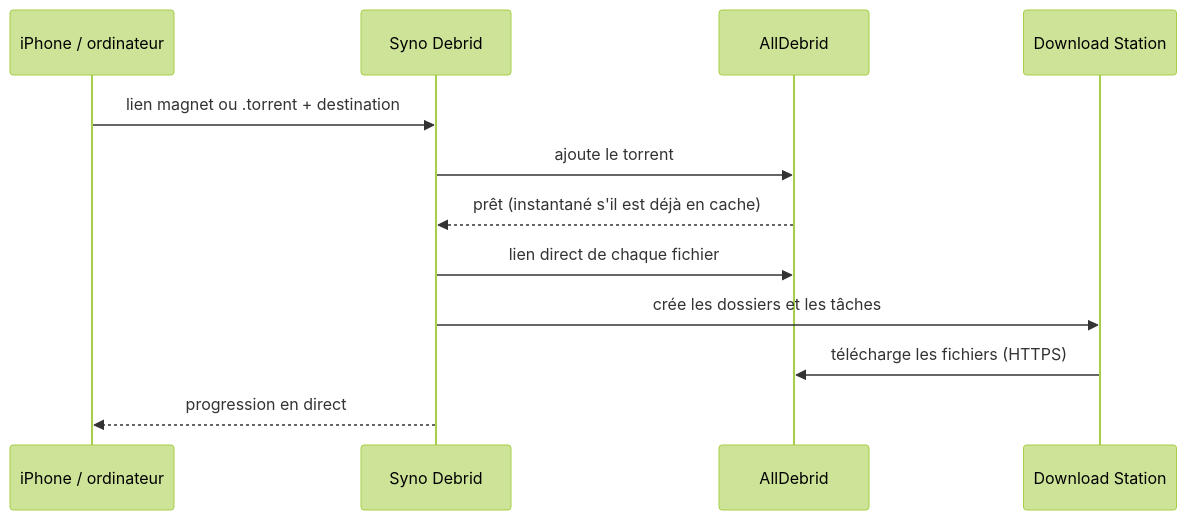
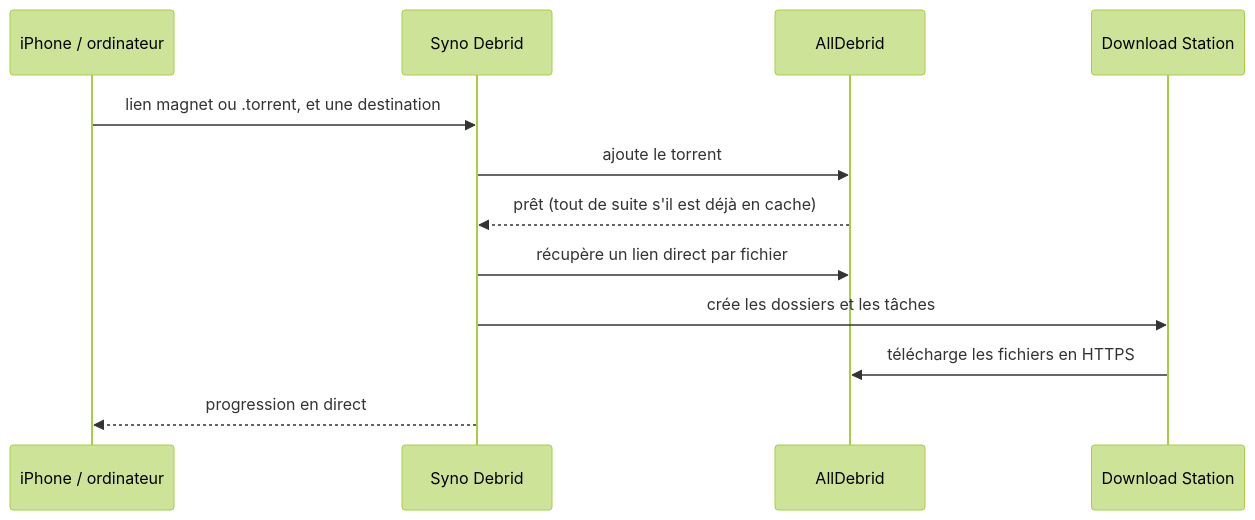
Before and after one commit to piitaya/syno-debrid: the diagram in README.fr.md, drawn with Mermaid (forest theme). The commit also changed other lines of this file and 1 other file, not shown here.

````diff
--- a/README.fr.md
+++ b/README.fr.md
@@ -61,14 +63,14 @@
 ```mermaid
 sequenceDiagram
     participant Vous as iPhone / ordinateur
     participant App as Syno Debrid
     participant Debrid as AllDebrid
     participant DS as Download Station
-    Vous->>App: lien magnet ou .torrent + destination
+    Vous->>App: lien magnet ou .torrent, et une destination
     App->>Debrid: ajoute le torrent
-    Debrid-->>App: prêt (instantané s'il est déjà en cache)
-    App->>Debrid: lien direct de chaque fichier
+    Debrid-->>App: prêt (tout de suite s'il est déjà en cache)
+    App->>Debrid: récupère un lien direct par fichier
     App->>DS: crée les dossiers et les tâches
-    DS->>Debrid: télécharge les fichiers (HTTPS)
+    DS->>Debrid: télécharge les fichiers en HTTPS
     App-->>Vous: progression en direct
 ```
````
